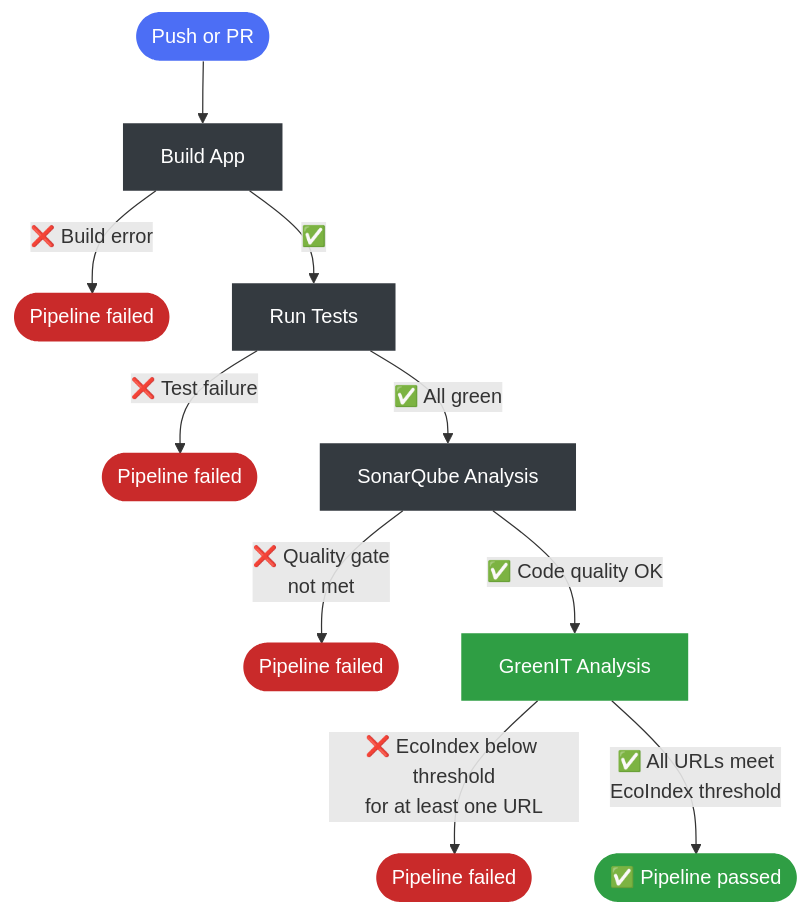
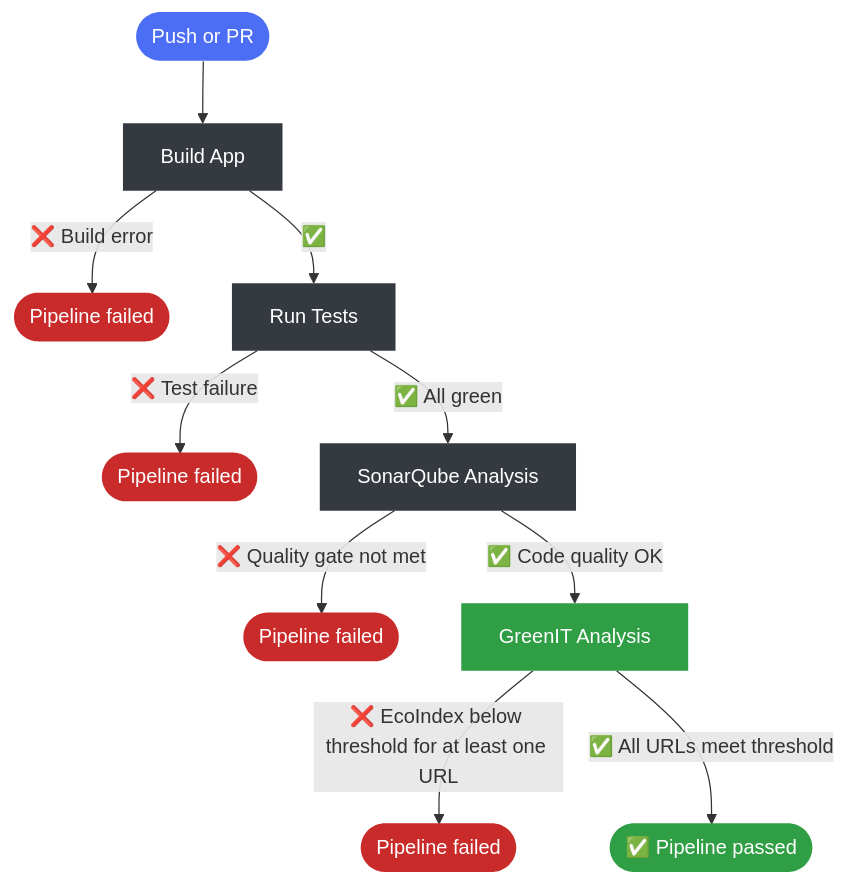
The diagram in README.md (ythirion/greenit-analysis-action), drawn with Mermaid before and after one commit.

Commit message:
fix: text in diagram

````diff
--- a/README.md
+++ b/README.md
@@ -29,27 +29,27 @@
 ```mermaid
 flowchart TD
     A([Push or PR]) --> B[Build App]
 
     B -->|❌ Build error| F1([Pipeline failed])
     B -->|✅| C[Run Tests]
 
     C -->|❌ Test failure| F2([Pipeline failed])
     C -->|✅ All green| D[SonarQube Analysis]
 
-    D -->|❌ Quality gate\nnot met| F3([Pipeline failed])
+    D -->|❌ Quality gate not met| F3([Pipeline failed])
     D -->|✅ Code quality OK| E[GreenIT Analysis]
 
-    E -->|❌ EcoIndex below threshold\nfor at least one URL| F4([Pipeline failed])
-    E -->|✅ All URLs meet\nEcoIndex threshold| G([✅ Pipeline passed])
+    E -->|❌ EcoIndex below threshold for at least one URL| F4([Pipeline failed])
+    E -->|✅ All URLs meet threshold| G([✅ Pipeline passed])
 
     style A fill:#4C6EF5,color:#fff,stroke:none
     style B fill:#343a40,color:#fff,stroke:none
     style C fill:#343a40,color:#fff,stroke:none
     style D fill:#343a40,color:#fff,stroke:none
     style E fill:#2f9e44,color:#fff,stroke:none
     style F1 fill:#c92a2a,color:#fff,stroke:none
     style F2 fill:#c92a2a,color:#fff,stroke:none
     style F3 fill:#c92a2a,color:#fff,stroke:none
     style F4 fill:#c92a2a,color:#fff,stroke:none
     style G fill:#2f9e44,color:#fff,stroke:none
 ```
````
